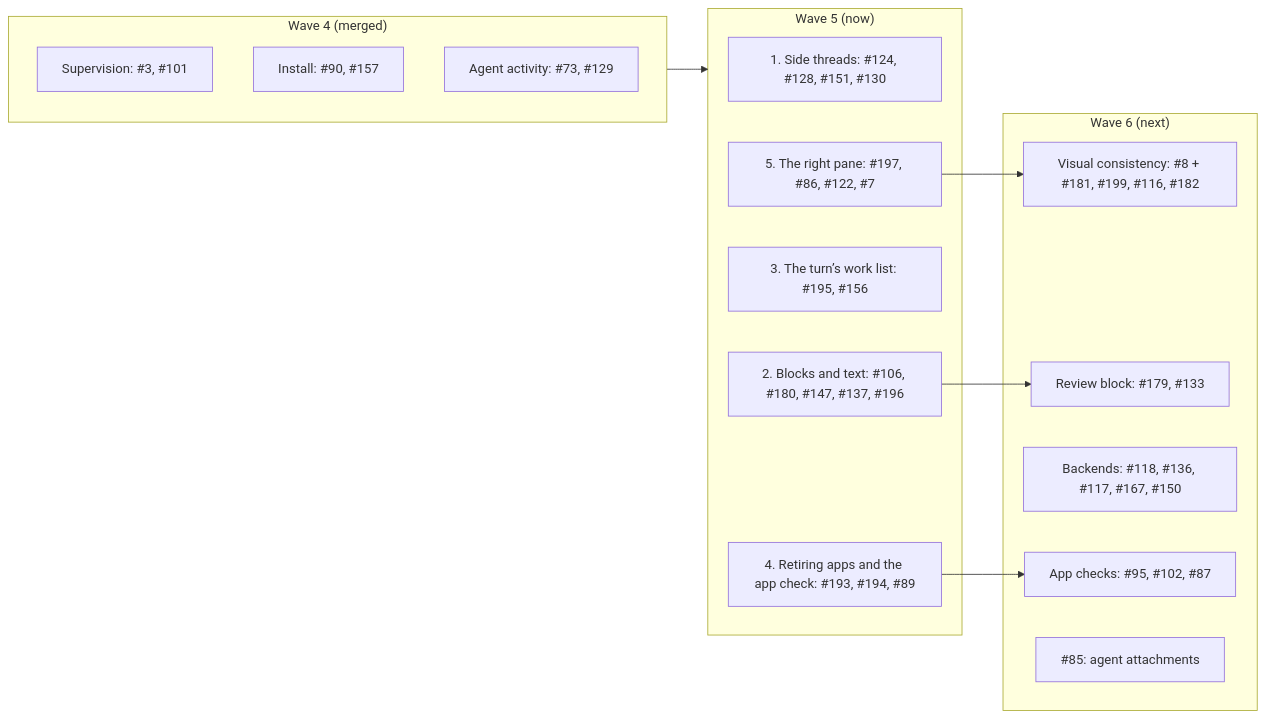
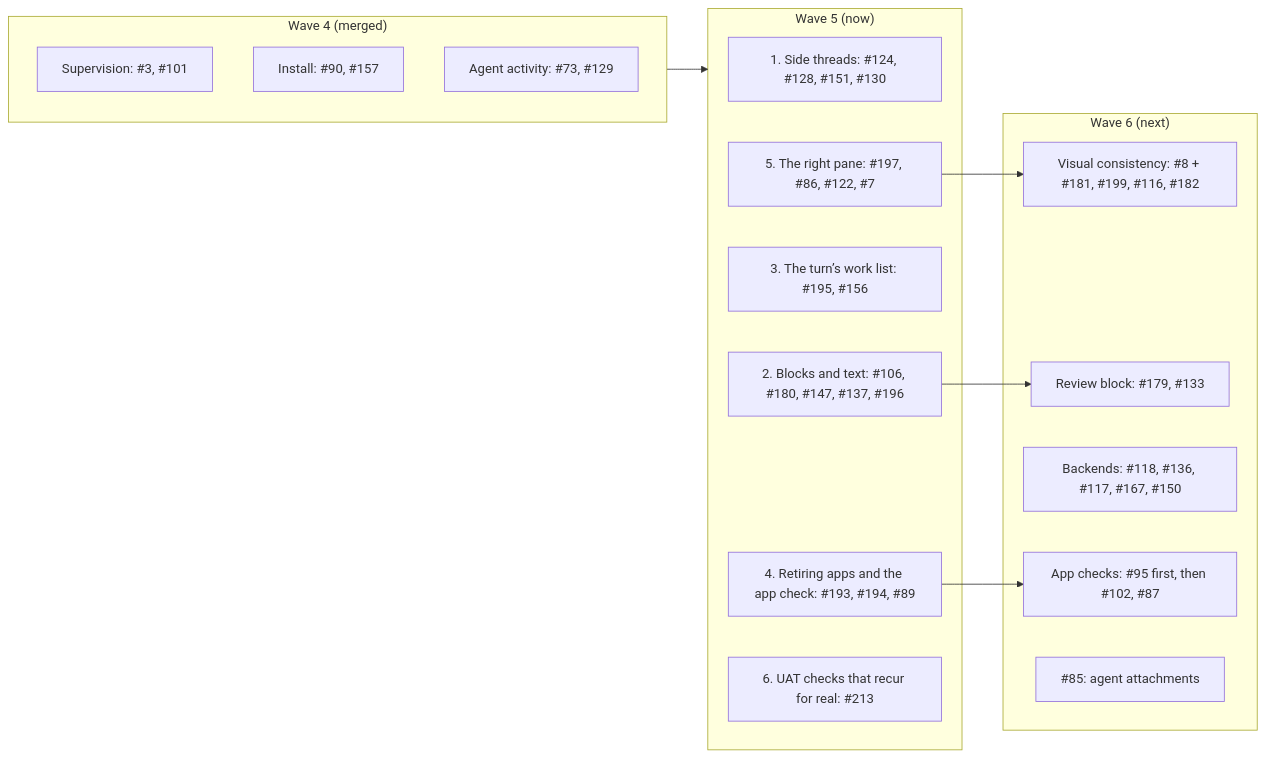
The diagram in designs/prompts/README.md (HJeon139/postbox), drawn with Mermaid before and after one commit. The commit also changed other lines of this file and 7 other files, not shown here.

````diff
--- a/designs/prompts/README.md
+++ b/designs/prompts/README.md
@@ -11,26 +11,27 @@
 ```mermaid
 flowchart LR
   subgraph w4["Wave 4 (merged)"]
     a["Supervision: #3, #101"]
     d["Install: #90, #157"]
     e["Agent activity: #73, #129"]
   end
   subgraph w5["Wave 5 (now)"]
     s1["1. Side threads: #124, #128, #151, #130"]
     s2["2. Blocks and text: #106, #180, #147, #137, #196"]
     s3["3. The turn’s work list: #195, #156"]
     s4["4. Retiring apps and the app check: #193, #194, #89"]
     s5["5. The right pane: #197, #86, #122, #7"]
+    s6["6. UAT checks that recur for real: #213"]
   end
   subgraph w6["Wave 6 (next)"]
     v["Visual consistency: #8 + #181, #199, #116, #182"]
     rv["Review block: #179, #133"]
     be["Backends: #118, #136, #117, #167, #150"]
-    ck["App checks: #95, #102, #87"]
+    ck["App checks: #95 first, then #102, #87"]
     at["#85: agent attachments"]
   end
   w4 --> w5
   s2 --> rv
   s4 --> ck
   s5 --> v
 ```
````
